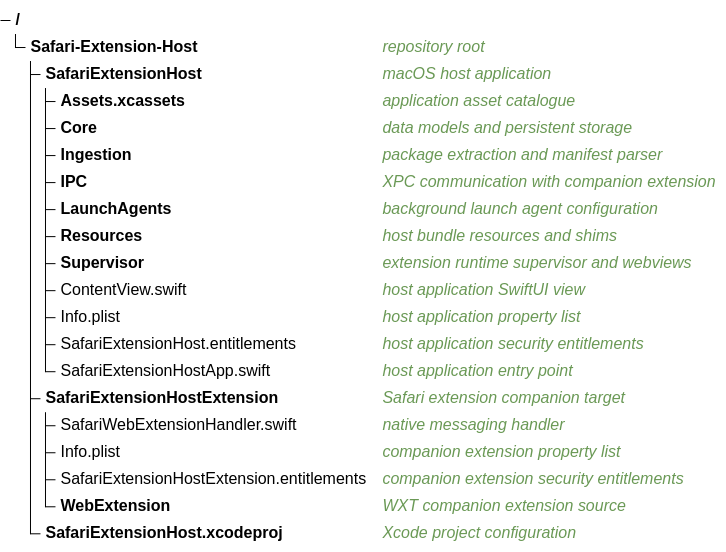
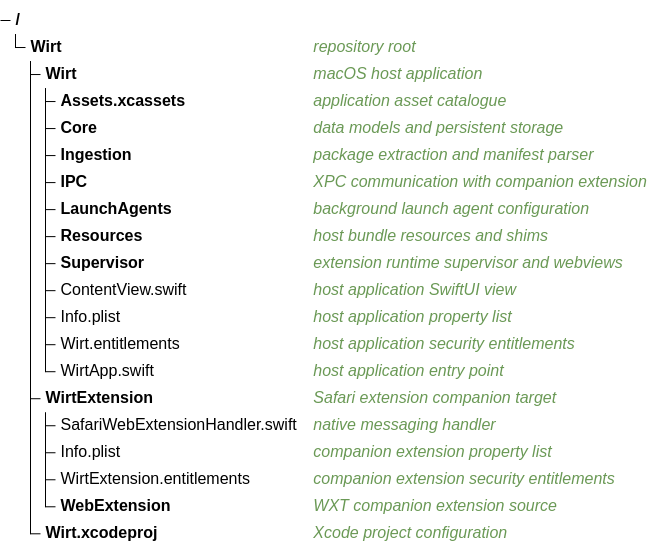
One commit to easonwong-de/Wirt changed the diagram in CONTRIBUTING.md. Above: the diagram before and after it, drawn with Mermaid (forest theme). The commit also changed other lines of this file and 48 other files, not shown here.

Commit message:
Rename project to Wirt

````diff
--- a/CONTRIBUTING.md
+++ b/CONTRIBUTING.md
@@ -16,22 +16,22 @@
 ```mermaid
 treeView-beta
-Safari-Extension-Host/ ## repository root
-├── SafariExtensionHost/ ## macOS host application
+Wirt/ ## repository root
+├── Wirt/ ## macOS host application
 │   ├── Assets.xcassets/ ## application asset catalogue
 │   ├── Core/ ## data models and persistent storage
 │   ├── Ingestion/ ## package extraction and manifest parser
 │   ├── IPC/ ## XPC communication with companion extension
 │   ├── LaunchAgents/ ## background launch agent configuration
 │   ├── Resources/ ## host bundle resources and shims
 │   ├── Supervisor/ ## extension runtime supervisor and webviews
 │   ├── ContentView.swift ## host application SwiftUI view
 │   ├── Info.plist ## host application property list
-│   ├── SafariExtensionHost.entitlements ## host application security entitlements
-│   └── SafariExtensionHostApp.swift ## host application entry point
-├── SafariExtensionHostExtension/ ## Safari extension companion target
+│   ├── Wirt.entitlements ## host application security entitlements
+│   └── WirtApp.swift ## host application entry point
+├── WirtExtension/ ## Safari extension companion target
 │   ├── SafariWebExtensionHandler.swift ## native messaging handler
 │   ├── Info.plist ## companion extension property list
-│   ├── SafariExtensionHostExtension.entitlements ## companion extension security entitlements
+│   ├── WirtExtension.entitlements ## companion extension security entitlements
 │   └── WebExtension/ ## WXT companion extension source
-└── SafariExtensionHost.xcodeproj/ ## Xcode project configuration
+└── Wirt.xcodeproj/ ## Xcode project configuration
 ```
````
